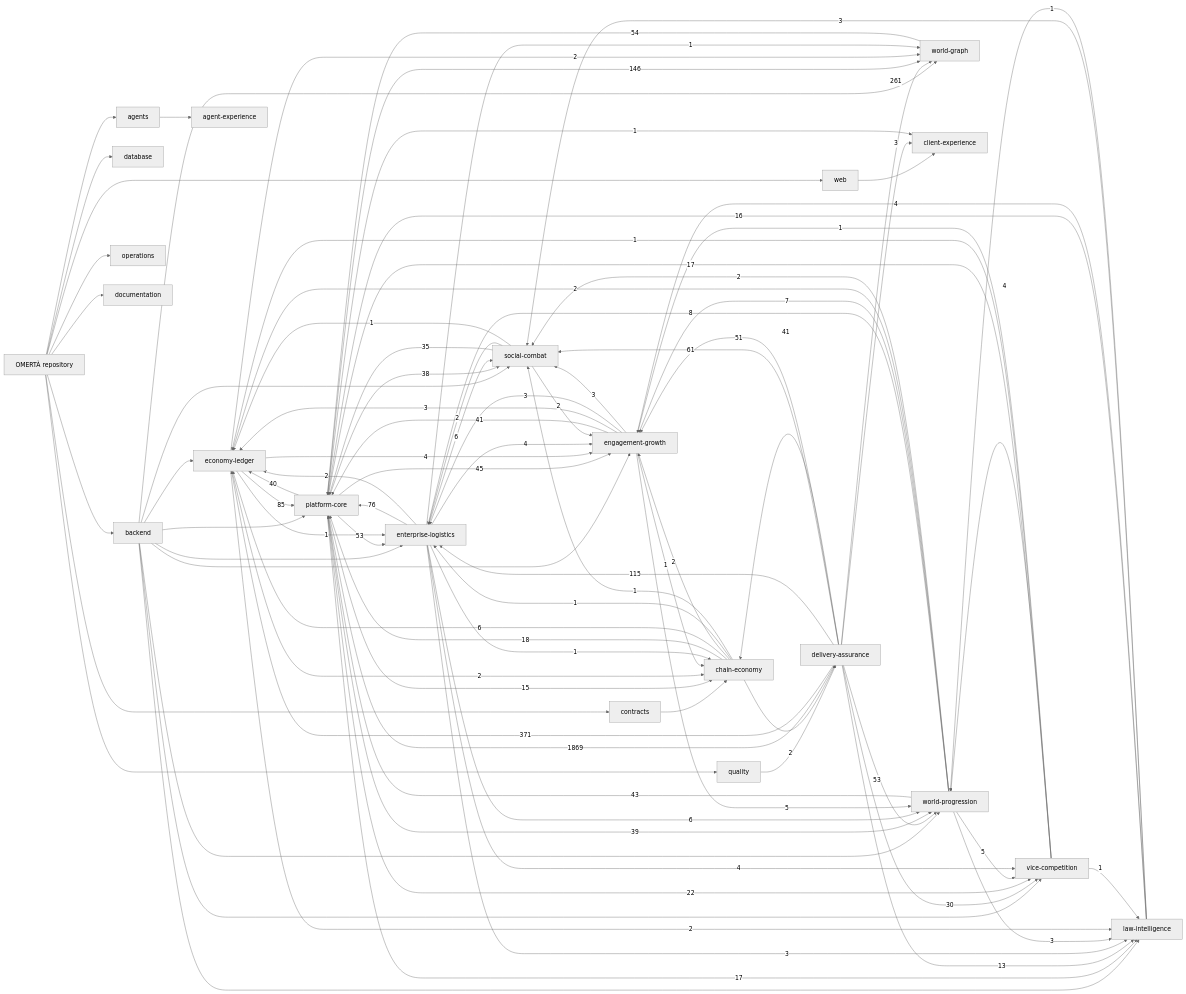
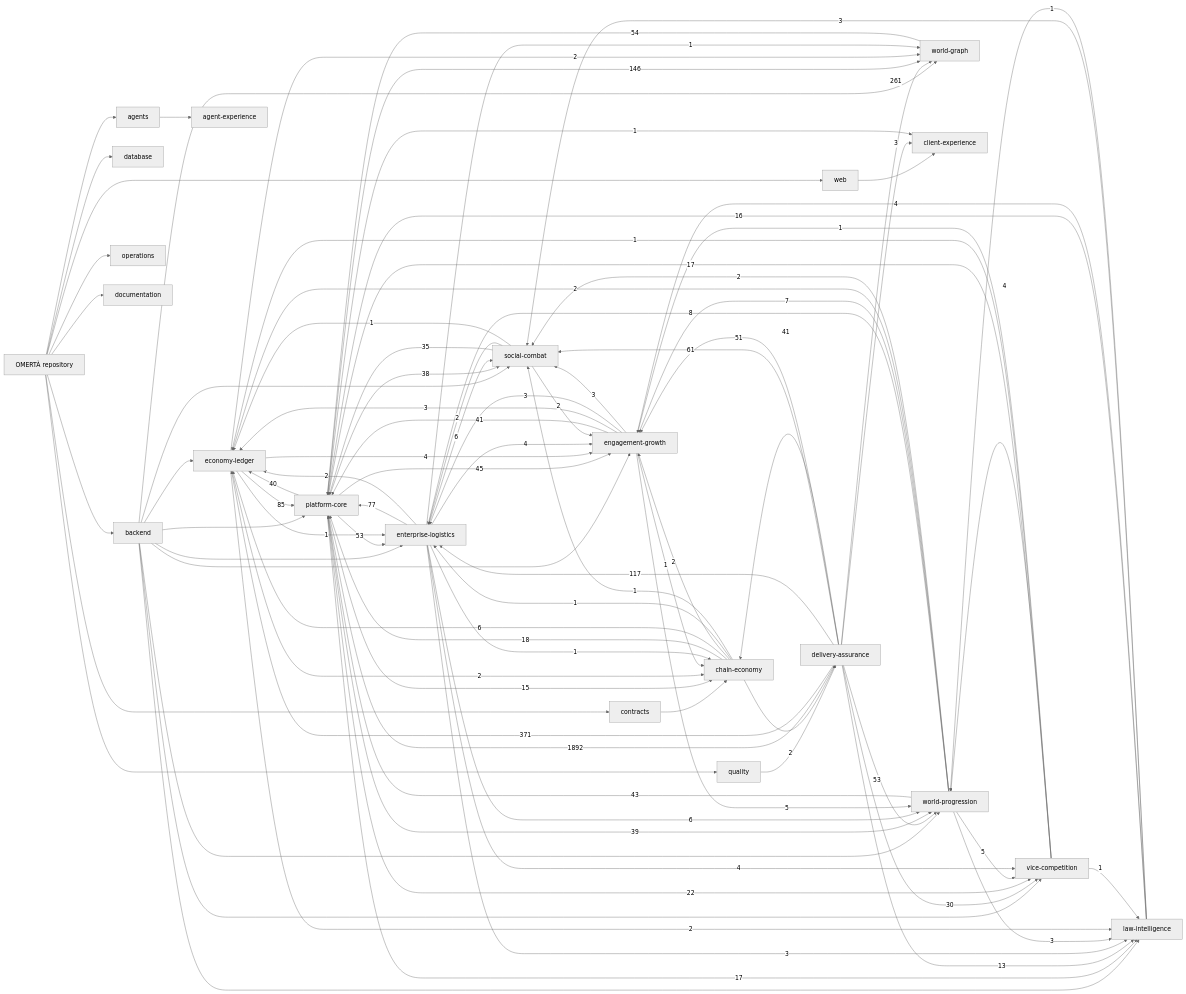
Before and after one commit to OmertaDev/Omerta: the diagram in knowledge/generated/graph.mmd, drawn with Mermaid (neutral theme). The commit also changed 6 other files, not shown here.

```diff
--- a/knowledge/generated/graph.mmd
+++ b/knowledge/generated/graph.mmd
@@ -1,113 +1,113 @@
 flowchart LR
   repo["OMERTÀ repository"]
   sub_backend["backend"]
   repo --> sub_backend
   sub_database["database"]
   repo --> sub_database
   sub_web["web"]
   repo --> sub_web
   sub_contracts["contracts"]
   repo --> sub_contracts
   sub_agents["agents"]
   repo --> sub_agents
   sub_quality["quality"]
   repo --> sub_quality
   sub_operations["operations"]
   repo --> sub_operations
   sub_documentation["documentation"]
   repo --> sub_documentation
   dom_platform-core["platform-core"]
   dom_economy-ledger["economy-ledger"]
   dom_social-combat["social-combat"]
   dom_world-progression["world-progression"]
   dom_world-graph["world-graph"]
   dom_enterprise-logistics["enterprise-logistics"]
   dom_vice-competition["vice-competition"]
   dom_law-intelligence["law-intelligence"]
   dom_chain-economy["chain-economy"]
   dom_engagement-growth["engagement-growth"]
   dom_client-experience["client-experience"]
   dom_agent-experience["agent-experience"]
   dom_delivery-assurance["delivery-assurance"]
   sub_agents --> dom_agent-experience
   sub_backend --> dom_economy-ledger
   sub_backend --> dom_engagement-growth
   sub_backend --> dom_enterprise-logistics
   sub_backend --> dom_law-intelligence
   sub_backend --> dom_platform-core
   sub_backend --> dom_social-combat
   sub_backend --> dom_vice-competition
   sub_backend --> dom_world-graph
   sub_backend --> dom_world-progression
   sub_contracts --> dom_chain-economy
   sub_quality --> dom_delivery-assurance
   sub_web --> dom_client-experience
-  dom_delivery-assurance -->|1869| dom_platform-core
+  dom_delivery-assurance -->|1892| dom_platform-core
   dom_delivery-assurance -->|371| dom_economy-ledger
   dom_delivery-assurance -->|261| dom_world-graph
   dom_platform-core -->|146| dom_world-graph
-  dom_delivery-assurance -->|115| dom_enterprise-logistics
+  dom_delivery-assurance -->|117| dom_enterprise-logistics
   dom_economy-ledger -->|85| dom_platform-core
-  dom_enterprise-logistics -->|76| dom_platform-core
+  dom_enterprise-logistics -->|77| dom_platform-core
   dom_delivery-assurance -->|61| dom_social-combat
   dom_world-graph -->|54| dom_platform-core
   dom_delivery-assurance -->|53| dom_world-progression
   dom_platform-core -->|53| dom_enterprise-logistics
   dom_delivery-assurance -->|51| dom_engagement-growth
   dom_platform-core -->|45| dom_engagement-growth
   dom_world-progression -->|43| dom_platform-core
   dom_delivery-assurance -->|41| dom_chain-economy
   dom_engagement-growth -->|41| dom_platform-core
   dom_platform-core -->|40| dom_economy-ledger
   dom_platform-core -->|39| dom_world-progression
   dom_platform-core -->|38| dom_social-combat
   dom_social-combat -->|35| dom_platform-core
   dom_delivery-assurance -->|30| dom_vice-competition
   dom_platform-core -->|22| dom_vice-competition
   dom_chain-economy -->|18| dom_platform-core
   dom_platform-core -->|17| dom_law-intelligence
   dom_vice-competition -->|17| dom_platform-core
   dom_law-intelligence -->|16| dom_platform-core
   dom_platform-core -->|15| dom_chain-economy
   dom_delivery-assurance -->|13| dom_law-intelligence
   dom_world-progression -->|8| dom_enterprise-logistics
   dom_world-progression -->|7| dom_engagement-growth
   dom_chain-economy -->|6| dom_economy-ledger
   dom_enterprise-logistics -->|6| dom_social-combat
   dom_enterprise-logistics -->|6| dom_world-progression
   dom_engagement-growth -->|5| dom_world-progression
   dom_world-progression -->|5| dom_vice-competition
   dom_economy-ledger -->|4| dom_engagement-growth
   dom_enterprise-logistics -->|4| dom_engagement-growth
   dom_enterprise-logistics -->|4| dom_vice-competition
   dom_law-intelligence -->|4| dom_engagement-growth
   dom_vice-competition -->|4| dom_world-progression
   dom_delivery-assurance -->|3| dom_client-experience
   dom_engagement-growth -->|3| dom_economy-ledger
   dom_engagement-growth -->|3| dom_enterprise-logistics
   dom_engagement-growth -->|3| dom_social-combat
   dom_enterprise-logistics -->|3| dom_law-intelligence
   dom_law-intelligence -->|3| dom_social-combat
   dom_world-progression -->|3| dom_law-intelligence
   dom_chain-economy -->|2| dom_delivery-assurance
   dom_chain-economy -->|2| dom_engagement-growth
   dom_economy-ledger -->|2| dom_chain-economy
   dom_economy-ledger -->|2| dom_law-intelligence
   dom_economy-ledger -->|2| dom_world-graph
   dom_enterprise-logistics -->|2| dom_economy-ledger
   dom_social-combat -->|2| dom_engagement-growth
   dom_social-combat -->|2| dom_enterprise-logistics
   dom_world-progression -->|2| dom_economy-ledger
   dom_world-progression -->|2| dom_social-combat
   dom_chain-economy -->|1| dom_enterprise-logistics
   dom_chain-economy -->|1| dom_social-combat
   dom_economy-ledger -->|1| dom_enterprise-logistics
   dom_engagement-growth -->|1| dom_chain-economy
   dom_enterprise-logistics -->|1| dom_chain-economy
   dom_enterprise-logistics -->|1| dom_world-graph
   dom_law-intelligence -->|1| dom_world-progression
   dom_platform-core -->|1| dom_client-experience
   dom_social-combat -->|1| dom_economy-ledger
   dom_vice-competition -->|1| dom_economy-ledger
   dom_vice-competition -->|1| dom_engagement-growth
   dom_vice-competition -->|1| dom_law-intelligence
```
